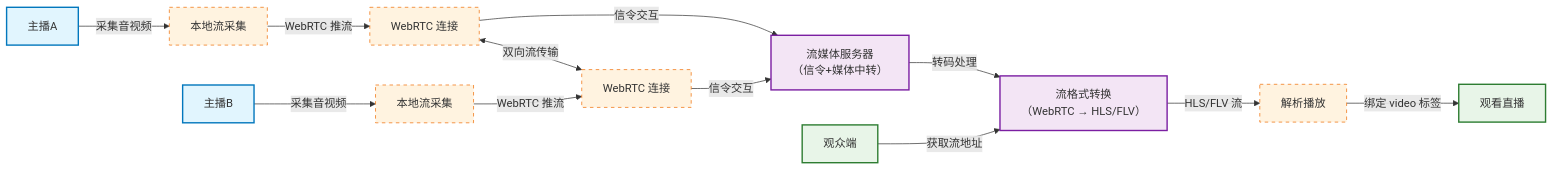
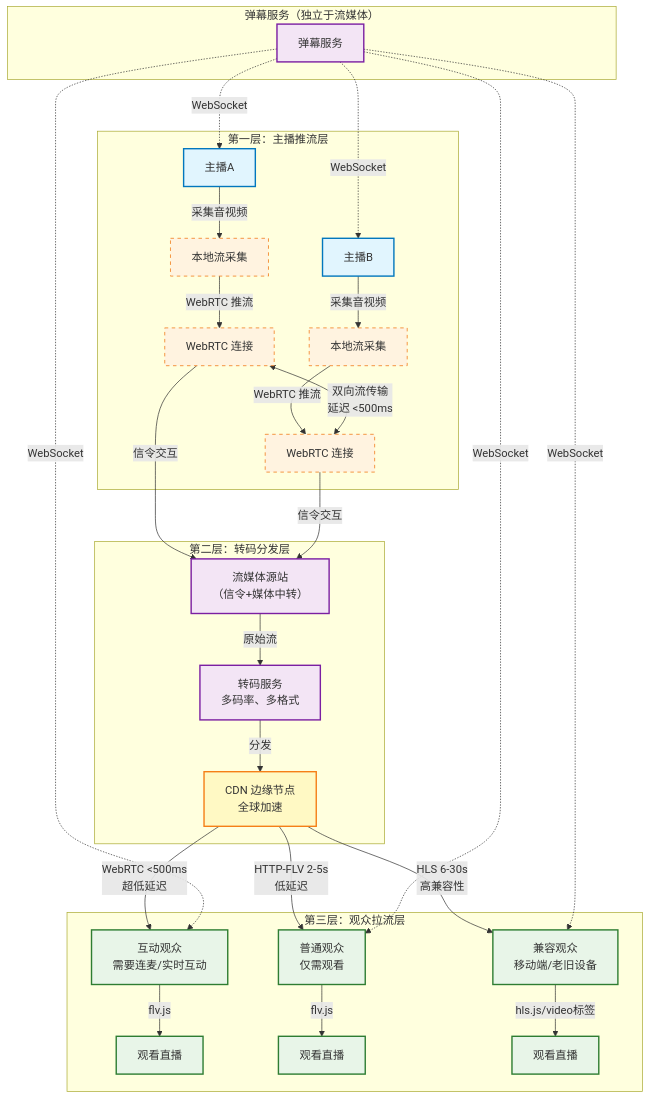
The first of 2 diagrams in interview/音视频/怎么实现直播.md (cyxofgithub/front-end-self-study), drawn with Mermaid before and after one commit. The commit also changed other lines of this file and 2 other files, not shown here.

````diff
--- a/interview/音视频/怎么实现直播.md
+++ b/interview/音视频/怎么实现直播.md
@@ -3,34 +5,70 @@
 ```mermaid
-flowchart LR
-    %% 定义节点样式（可选，增强可读性）
+flowchart TB
+    %% 定义节点样式
     classDef anchor fill:#e1f5fe,stroke:#0277bd,stroke-width:2px
     classDef server fill:#f3e5f5,stroke:#7b1fa2,stroke-width:2px
+    classDef cdn fill:#fff9c4,stroke:#f57f17,stroke-width:2px
     classDef viewer fill:#e8f5e8,stroke:#2e7d32,stroke-width:2px
     classDef protocol fill:#fff3e0,stroke:#ef6c00,stroke-width:1px,stroke-dasharray: 5 5
 
-    %% 1. 主播端：连麦需 WebRTC 双向推流
-    A1[主播A]:::anchor -->|采集音视频| A2[本地流采集]:::protocol
-    A2 -->|WebRTC 推流| A3[WebRTC 连接]:::protocol
-    A3 -->|信令交互| S1[流媒体服务器<br/>（信令+媒体中转）]:::server
+    subgraph 推流层 [第一层：主播推流层]
+        A1[主播A]:::anchor
+        A2[本地流采集]:::protocol
+        A3[WebRTC 连接]:::protocol
 
-    B1[主播B]:::anchor -->|采集音视频| B2[本地流采集]:::protocol
-    B2 -->|WebRTC 推流| B3[WebRTC 连接]:::protocol
+        B1[主播B]:::anchor
+        B2[本地流采集]:::protocol
+        B3[WebRTC 连接]:::protocol
+
+        A1 -->|采集音视频| A2
+        A2 -->|WebRTC 推流| A3
+        B1 -->|采集音视频| B2
+        B2 -->|WebRTC 推流| B3
+
+        %% 连麦核心：主播间双向 WebRTC 连接
+        A3 <-->|双向流传输<br/>延迟 <500ms| B3
+    end
+
+    subgraph 分发层 [第二层：转码分发层]
+        S1[流媒体源站<br/>（信令+媒体中转）]:::server
+        S2[转码服务<br/>多码率、多格式]:::server
+        CDN[CDN 边缘节点<br/>全球加速]:::cdn
+
+        S1 -->|原始流| S2
+        S2 -->|分发| CDN
+    end
+
+    subgraph 拉流层 [第三层：观众拉流层]
+        V1[互动观众<br/>需要连麦/实时互动]:::viewer
+        V1_play[观看直播]:::viewer
+
+        V2[普通观众<br/>仅需观看]:::viewer
+        V2_play[观看直播]:::viewer
+
+        V3[兼容观众<br/>移动端/老旧设备]:::viewer
+        V3_play[观看直播]:::viewer
+
+        V1 -->|flv.js| V1_play
+        V2 -->|flv.js| V2_play
+        V3 -->|hls.js/video标签| V3_play
+    end
+
+    subgraph 弹幕服务 [弹幕服务（独立于流媒体）]
+        WSS[弹幕服务]:::server
+    end
+
+    %% 层间连接
+    A3 -->|信令交互| S1
     B3 -->|信令交互| S1
 
-    %% 2. 连麦核心：主播间双向 WebRTC 连接
-    A3 <-->|双向流传输| B3:::protocol
+    CDN -->|WebRTC <500ms<br/>超低延迟| V1
+    CDN -->|HTTP-FLV 2-5s<br/>低延迟| V2
+    CDN -->|HLS 6-30s<br/>高兼容性| V3
 
-    %% 3. 服务器：转码分发（WebRTC 转 HLS/FLV）
-    S1 -->|转码处理| S2[流格式转换<br/>（WebRTC → HLS/FLV）]:::server
-
-    %% 4. 观众端：无需 WebRTC，仅需 HLS/FLV 拉流
-    V1[观众端]:::viewer -->|获取流地址| S2
-    S2 -->|HLS/FLV 流| V2[解析播放]:::protocol
-    V2 -->|绑定 video 标签| V3[观看直播]:::viewer
-
-    %% 样式说明：
-    %% - anchor：主播节点
-    %% - server：服务器节点
-    %% - viewer：观众节点
-    %% - protocol：协议/传输层节点
+    %% 弹幕服务连接
+    WSS -.->|WebSocket| A1
+    WSS -.->|WebSocket| B1
+    WSS -.->|WebSocket| V1
+    WSS -.->|WebSocket| V2
+    WSS -.->|WebSocket| V3
 ```
````
